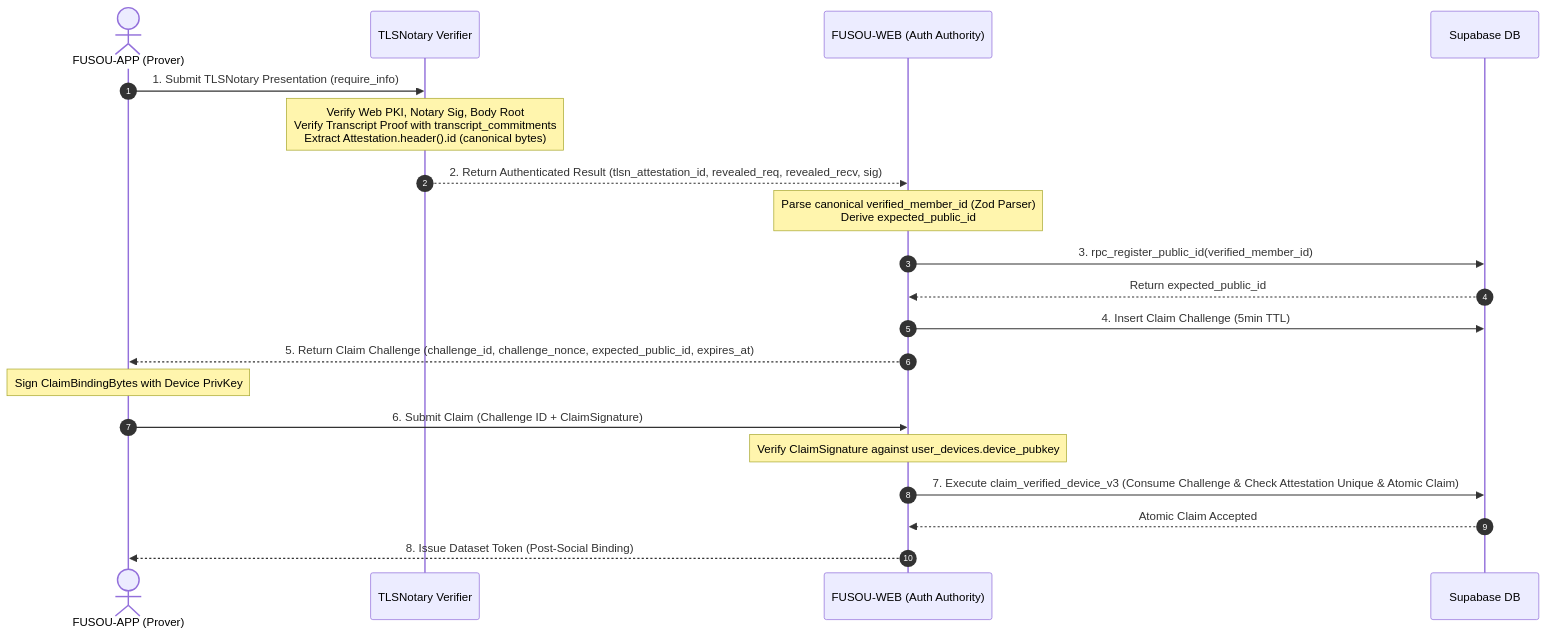
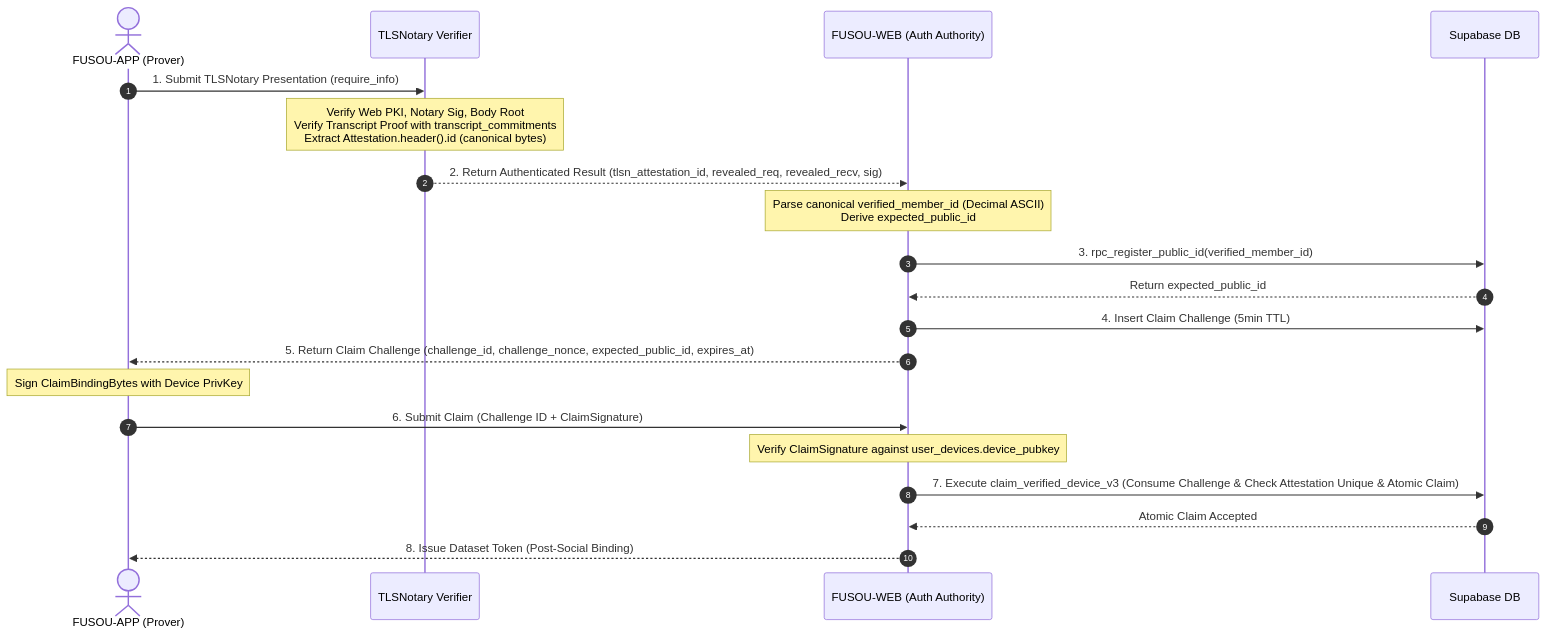
Before and after one commit to tsukasa-u/FUSOU: the second of 2 diagrams in docs/operations/member-id-preemptive-attack-and-recovery.md, drawn with Mermaid. The commit also changed other lines of this file and 1 other file, not shown here.

First line of the commit message:
docs(security): deprecate self-declared register endpoint, adopt minimal structural disclosure, and forbid JS Number coercion for member_id

````diff
--- a/docs/operations/member-id-preemptive-attack-and-recovery.md
+++ b/docs/operations/member-id-preemptive-attack-and-recovery.md
@@ -260,23 +270,23 @@
 ```mermaid
 sequenceDiagram
     autonumber
     actor Client as FUSOU-APP (Prover)
     participant Verifier as TLSNotary Verifier
     participant Web as FUSOU-WEB (Auth Authority)
     participant DB as Supabase DB
 
     Client->>Verifier: 1. Submit TLSNotary Presentation (require_info)
     Note over Verifier: Verify Web PKI, Notary Sig, Body Root<br/>Verify Transcript Proof with transcript_commitments<br/>Extract Attestation.header().id (canonical bytes)
     Verifier-->>Web: 2. Return Authenticated Result (tlsn_attestation_id, revealed_req, revealed_recv, sig)
-    Note over Web: Parse canonical verified_member_id (Zod Parser)<br/>Derive expected_public_id
+    Note over Web: Parse canonical verified_member_id (Decimal ASCII)<br/>Derive expected_public_id
     Web->>DB: 3. rpc_register_public_id(verified_member_id)
     DB-->>Web: Return expected_public_id
     Web->>DB: 4. Insert Claim Challenge (5min TTL)
     Web-->>Client: 5. Return Claim Challenge (challenge_id, challenge_nonce, expected_public_id, expires_at)
     Note over Client: Sign ClaimBindingBytes with Device PrivKey
     Client->>Web: 6. Submit Claim (Challenge ID + ClaimSignature)
     Note over Web: Verify ClaimSignature against user_devices.device_pubkey
     Web->>DB: 7. Execute claim_verified_device_v3 (Consume Challenge & Check Attestation Unique & Atomic Claim)
     DB-->>Web: Atomic Claim Accepted
     Web-->>Client: 8. Issue Dataset Token (Post-Social Binding)
 ```
````
